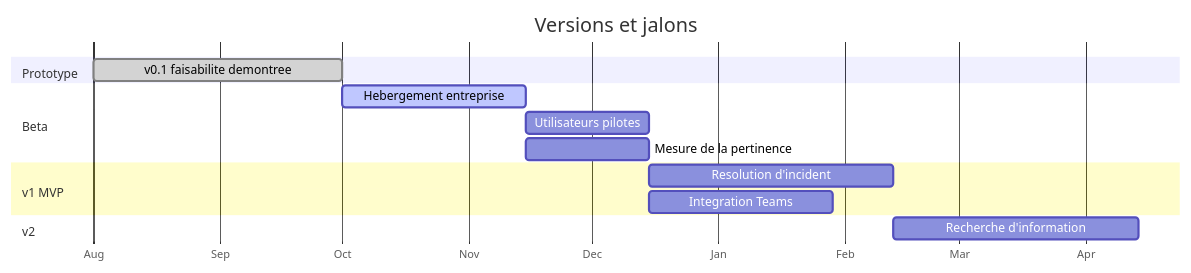
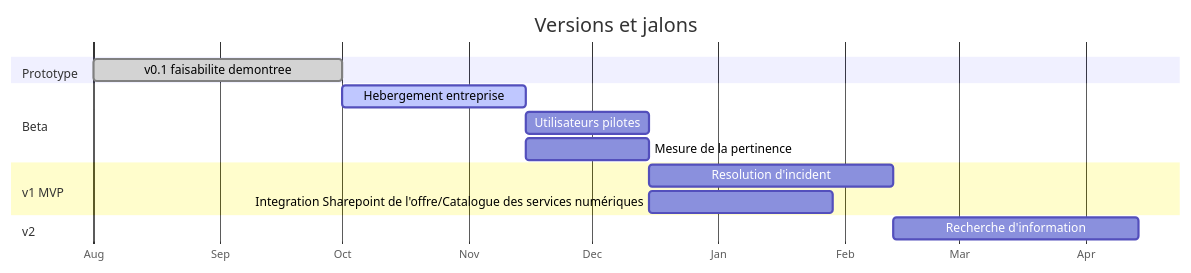
One commit to margotmc-web/Chatbot_PPV_BC07 changed the diagram in 08-plan-de-release.md. Above: the diagram before and after it, drawn with Mermaid. The commit also changed other lines of this file, not shown here.

````diff
--- a/08-plan-de-release.md
+++ b/08-plan-de-release.md
@@ -16,17 +16,17 @@
 ```mermaid
 gantt
     title Versions et jalons
     dateFormat YYYY-MM-DD
     axisFormat %b
     section Prototype
     v0.1 faisabilite demontree        :done, p1, 2026-08-01, 2026-10-01
     section Beta
     Hebergement entreprise            :active, b1, 2026-10-01, 45d
     Utilisateurs pilotes              :b2, after b1, 30d
     Mesure de la pertinence           :b3, after b1, 30d
     section v1 MVP
     Resolution d'incident             :v1, after b2, 60d
-    Integration Teams                 :v1b, after b2, 45d
+    Integration Sharepoint de l'offre/Catalogue des services numériques                 :v1b, after b2, 45d
     section v2
     Recherche d'information           :v2, after v1, 60d
 ```
````
